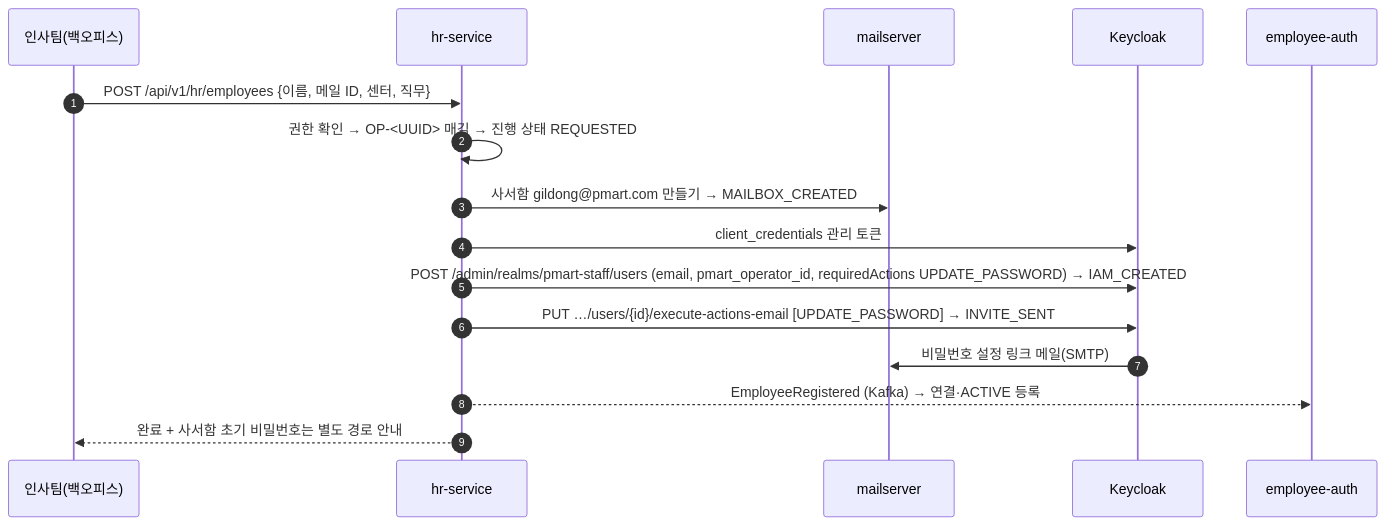
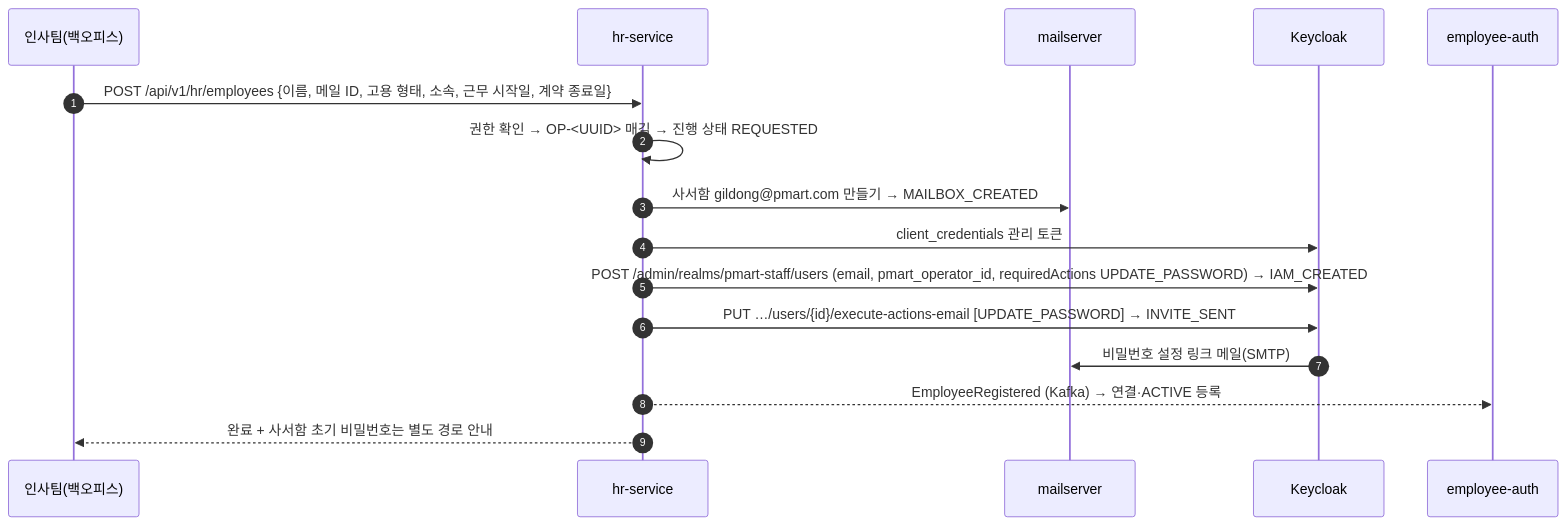
The third of 3 diagrams in docs/architecture/auth/employee-auth-structure.md (SOS040/pmart-backend-fork), drawn with Mermaid before and after one commit. The commit also changed other lines of this file, not shown here.

````diff
--- a/docs/architecture/auth/employee-auth-structure.md
+++ b/docs/architecture/auth/employee-auth-structure.md
@@ -184,18 +184,18 @@
 ```mermaid
 sequenceDiagram
   autonumber
   participant HRU as 인사팀(백오피스)
   participant HR as hr-service
   participant MS as mailserver
   participant KC as Keycloak
   participant EA as employee-auth
-  HRU->>HR: POST /api/v1/hr/employees {이름, 메일 ID, 센터, 직무}
+  HRU->>HR: POST /api/v1/hr/employees {이름, 메일 ID, 고용 형태, 소속, 근무 시작일, 계약 종료일}
   HR->>HR: 권한 확인 → OP-<UUID> 매김 → 진행 상태 REQUESTED
   HR->>MS: 사서함 gildong@pmart.com 만들기 → MAILBOX_CREATED
   HR->>KC: client_credentials 관리 토큰
   HR->>KC: POST /admin/realms/pmart-staff/users (email, pmart_operator_id, requiredActions UPDATE_PASSWORD) → IAM_CREATED
   HR->>KC: PUT …/users/{id}/execute-actions-email [UPDATE_PASSWORD] → INVITE_SENT
   KC->>MS: 비밀번호 설정 링크 메일(SMTP)
   HR-->>EA: EmployeeRegistered (Kafka) → 연결·ACTIVE 등록
   HR-->>HRU: 완료 + 사서함 초기 비밀번호는 별도 경로 안내
 ```
````
